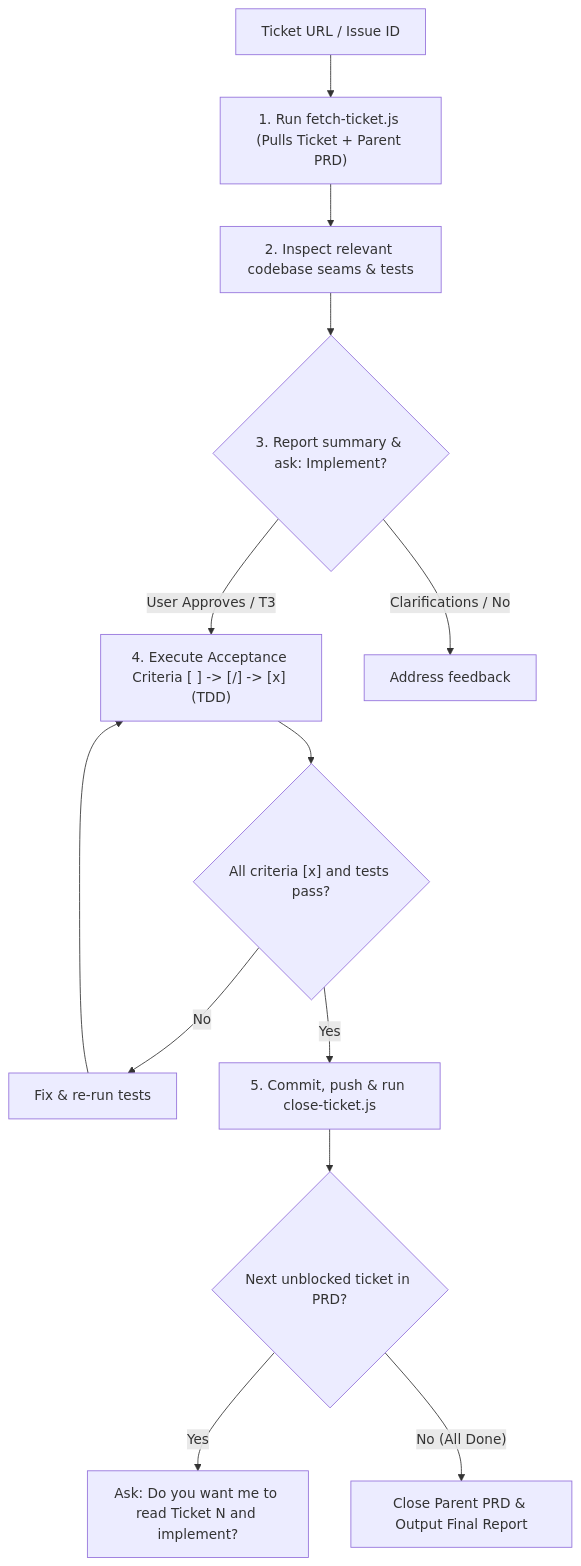
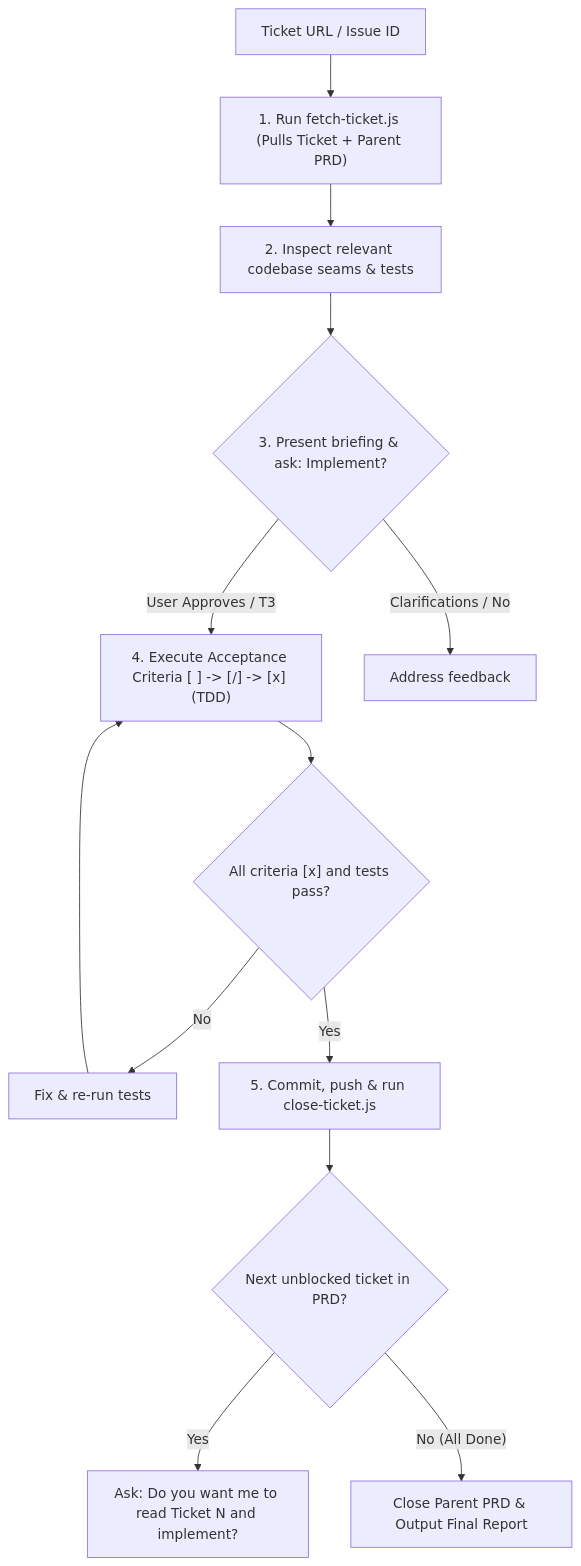
The diagram in engineering/implement-a-ticket/SKILL.md (loerei/myskills), drawn with Mermaid before and after one commit. The commit also changed other lines of this file, not shown here.

Commit message:
docs(implement-a-ticket): deduplicate directives/steps and replace IDE-specific tool name

````diff
--- a/engineering/implement-a-ticket/SKILL.md
+++ b/engineering/implement-a-ticket/SKILL.md
@@ -27,14 +18,14 @@
 ```mermaid
 flowchart TD
     Start["Ticket URL / Issue ID"] --> Fetch["1. Run fetch-ticket.js (Pulls Ticket + Parent PRD)"]
     Fetch --> Inspect["2. Inspect relevant codebase seams & tests"]
-    Inspect --> Confirm{"3. Report summary & ask: Implement?"}
+    Inspect --> Confirm{"3. Present briefing & ask: Implement?"}
     Confirm -->|"User Approves / T3"| Loop["4. Execute Acceptance Criteria [ ] -> [/] -> [x] (TDD)"]
     Confirm -->|"Clarifications / No"| Stop["Address feedback"]
     Loop --> Verify{"All criteria [x] and tests pass?"}
     Verify -->|"No"| Fix["Fix & re-run tests"] --> Loop
     Verify -->|"Yes"| CommitClose["5. Commit, push & run close-ticket.js"]
     CommitClose --> NextCheck{"Next unblocked ticket in PRD?"}
     NextCheck -->|"Yes"| AskNext["Ask: Do you want me to read Ticket N and implement?"]
     NextCheck -->|"No (All Done)"| ClosePRD["Close Parent PRD & Output Final Report"]
 ```
````
